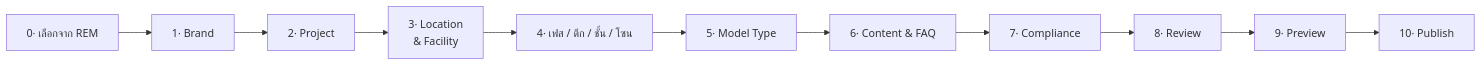
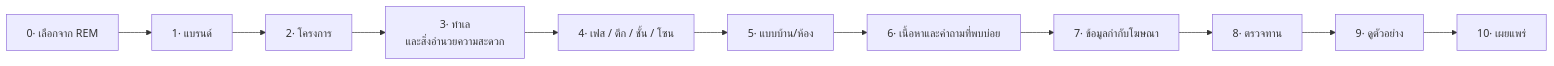
The second of 7 diagrams in docs/03-user-flows.md (Keetawon/sena_digital_hub_mkt), drawn with Mermaid before and after one commit. The commit also changed other lines of this file and 13 other files, not shown here.

````diff
--- a/docs/03-user-flows.md
+++ b/docs/03-user-flows.md
@@ -44,13 +65,13 @@
 ```mermaid
 flowchart LR
-    S0["0· เลือกจาก REM"] --> S1["1· Brand"]
-    S1 --> S2["2· Project"]
-    S2 --> S3["3· Location<br/>& Facility"]
+    S0["0· เลือกจาก REM"] --> S1["1· แบรนด์"]
+    S1 --> S2["2· โครงการ"]
+    S2 --> S3["3· ทำเล<br/>และสิ่งอำนวยความสะดวก"]
     S3 --> S4["4· เฟส / ตึก / ชั้น / โซน"]
-    S4 --> S5["5· Model Type"]
-    S5 --> S6["6· Content & FAQ"]
-    S6 --> S7["7· Compliance"]
-    S7 --> S8["8· Review"]
-    S8 --> S9["9· Preview"]
-    S9 --> S10["10· Publish"]
+    S4 --> S5["5· แบบบ้าน/ห้อง"]
+    S5 --> S6["6· เนื้อหาและคำถามที่พบบ่อย"]
+    S6 --> S7["7· ข้อมูลกำกับโฆษณา"]
+    S7 --> S8["8· ตรวจทาน"]
+    S8 --> S9["9· ดูตัวอย่าง"]
+    S9 --> S10["10· เผยแพร่"]
 ```
````
